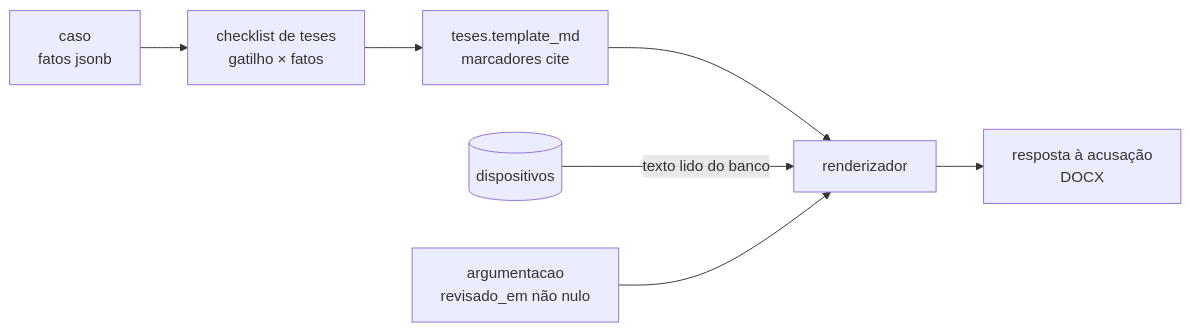
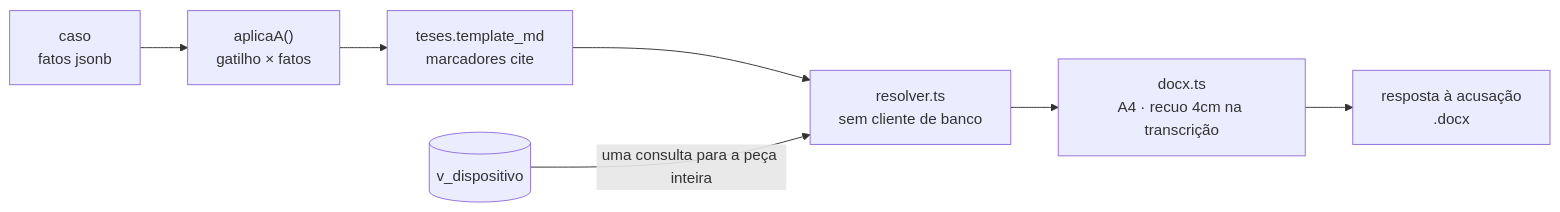
One commit to yLich-hub/Ipsis changed the fourth of 5 diagrams in README.md. Above: the diagram before and after it, drawn with Mermaid. The commit also changed other lines of this file, not shown here.

````diff
--- a/README.md
+++ b/README.md
@@ -199,9 +227,9 @@
 ```mermaid
 flowchart LR
-    C["caso<br/>fatos jsonb"] --> CK["checklist de teses<br/>gatilho × fatos"]
+    C["caso<br/>fatos jsonb"] --> CK["aplicaA()<br/>gatilho × fatos"]
     CK --> T["teses.template_md<br/>marcadores cite"]
-    T --> REN["renderizador"]
-    D[("dispositivos")] -->|"texto lido do banco"| REN
-    A["argumentacao<br/>revisado_em não nulo"] --> REN
-    REN --> DOC["resposta à acusação<br/>DOCX"]
+    T --> RES["resolver.ts<br/>sem cliente de banco"]
+    D[("v_dispositivo")] -->|"uma consulta para a peça inteira"| RES
+    RES --> DOCX["docx.ts<br/>A4 · recuo 4cm na transcrição"]
+    DOCX --> OUT["resposta à acusação<br/>.docx"]
 ```
````
